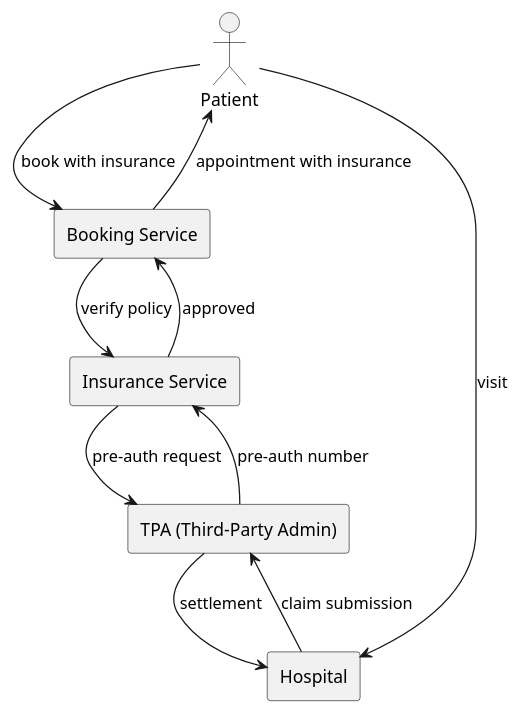
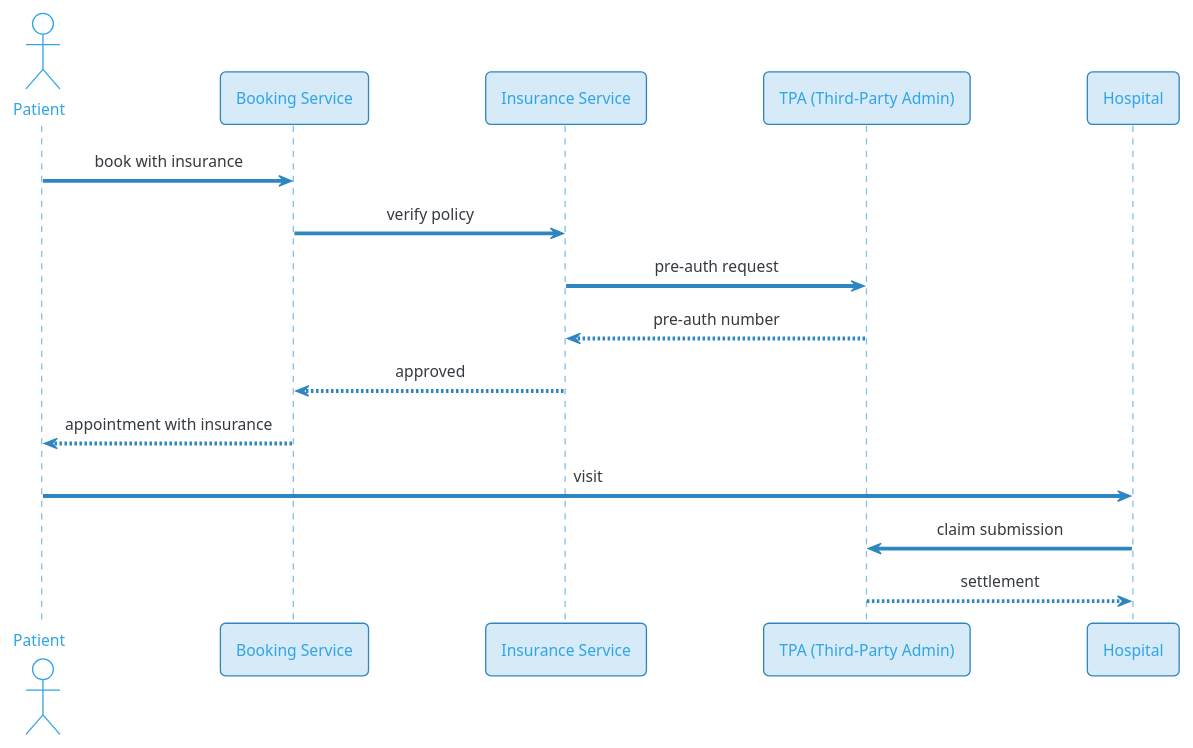
The fourth of 4 diagrams in docs/system-design/problems/16-hospital-appointment-booking.md (cyberstoneac/dsa_docs), drawn with PlantUML before and after one commit. The commit also changed other lines of this file and 26 other files, not shown here.

````diff
--- a/docs/system-design/problems/16-hospital-appointment-booking.md
+++ b/docs/system-design/problems/16-hospital-appointment-booking.md
@@ -1334,22 +1355,31 @@
 ```plantuml
 @startuml
-skinparam componentStyle rectangle
+!theme cerulean-outline
+skinparam backgroundColor white
+skinparam shadowing false
+skinparam sequenceMessageAlign center
+skinparam sequence {
+  ArrowColor #2E86C1
+  LifeLineBorderColor #85C1E9
+  ParticipantBorderColor #2E86C1
+  ParticipantBackgroundColor #D6EAF8
+}
 
 actor Patient
-component "Booking Service" as BS
-component "Insurance Service" as Ins
-component "TPA (Third-Party Admin)" as TPA
-component "Hospital" as Hosp
+participant "Booking Service" as BS
+participant "Insurance Service" as Ins
+participant "TPA (Third-Party Admin)" as TPA
+participant "Hospital" as Hosp
 
-Patient --> BS : book with insurance
-BS --> Ins : verify policy
-Ins --> TPA : pre-auth request
+Patient -> BS : book with insurance
+BS -> Ins : verify policy
+Ins -> TPA : pre-auth request
 TPA --> Ins : pre-auth number
 Ins --> BS : approved
 BS --> Patient : appointment with insurance
 
-Patient --> Hosp : visit
-Hosp --> TPA : claim submission
+Patient -> Hosp : visit
+Hosp -> TPA : claim submission
 TPA --> Hosp : settlement
 @enduml
 ```
````
